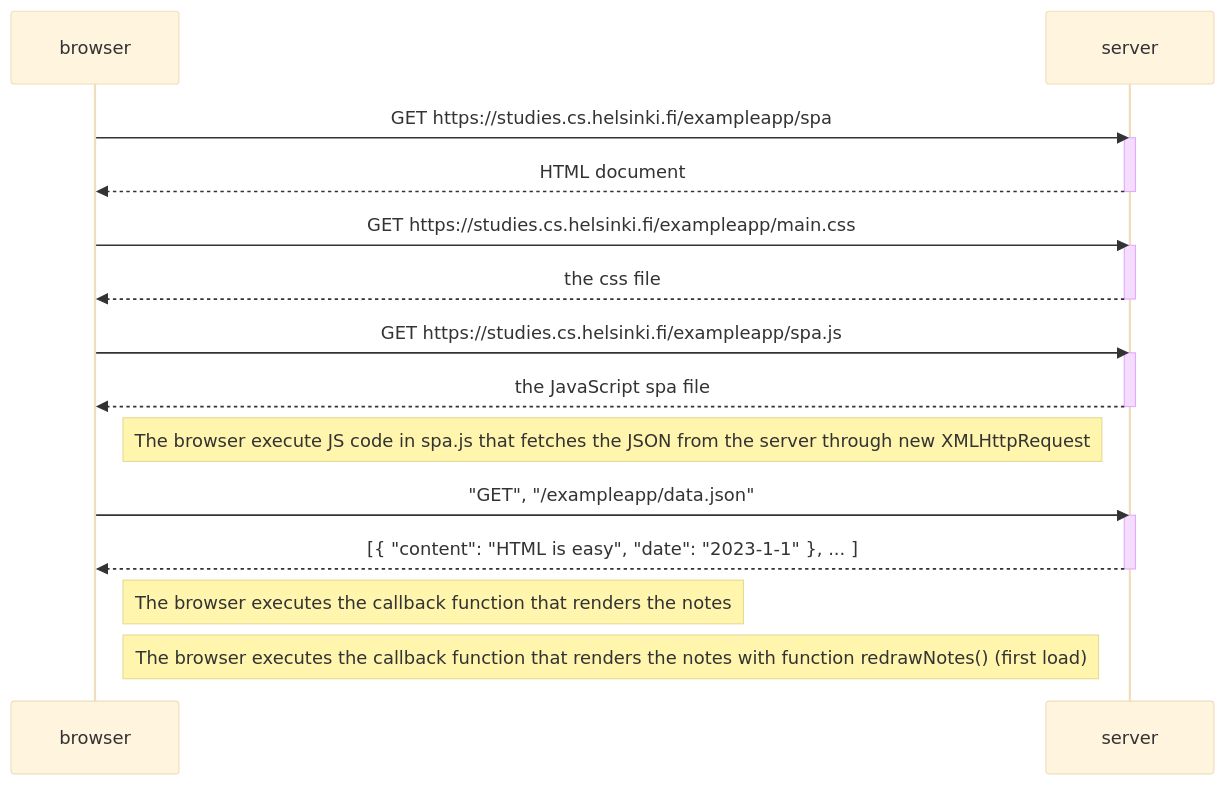
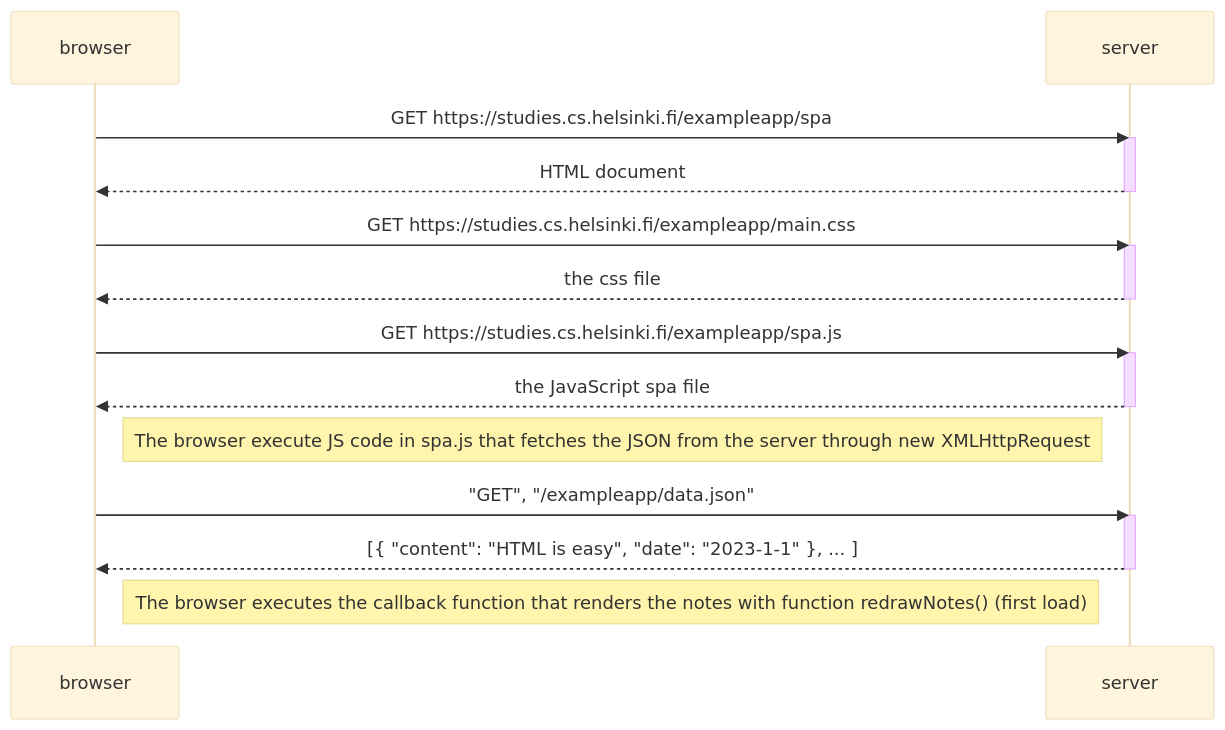
The diagram in 0.5-SPADiagram/README.md (gusanchefullstack/fs-part-0), drawn with Mermaid (base theme) before and after one commit. The commit also changed 2 other files, not shown here.

Commit message:
Agrega un nuevo diagrama de secuencia en Mermaid al archivo README.md, mostrando la interacción entre el navegador y el servidor en la aplicación SPA, incluyendo la carga de recursos y el proceso de creación de notas en formato JSON.

````diff
--- a/0.5-SPADiagram/README.md
+++ b/0.5-SPADiagram/README.md
@@ -1,32 +1,35 @@
 ```mermaid
 sequenceDiagram
     participant browser
     participant server
 
     browser->>server: GET https://studies.cs.helsinki.fi/exampleapp/spa
+
     activate server
     server-->>browser: HTML document
     deactivate server
 
     browser->>server: GET https://studies.cs.helsinki.fi/exampleapp/main.css
+
     activate server
     server-->>browser: the css file
     deactivate server
 
     browser->>server: GET https://studies.cs.helsinki.fi/exampleapp/spa.js
+
     activate server
     server-->>browser: the JavaScript spa file
     deactivate server
 
     Note right of browser: The browser execute JS code in spa.js that fetches the JSON from the server through new XMLHttpRequest 
 
     browser->>server: "GET", "/exampleapp/data.json"
+
     activate server
     server-->>browser: [{ "content": "HTML is easy", "date": "2023-1-1" }, ... ]
     deactivate server
 
-    Note right of browser: The browser executes the callback function that renders the notes
     Note right of browser: The browser executes the callback function that renders the notes with function redrawNotes() (first load)
 
-    
+
 ```
````
